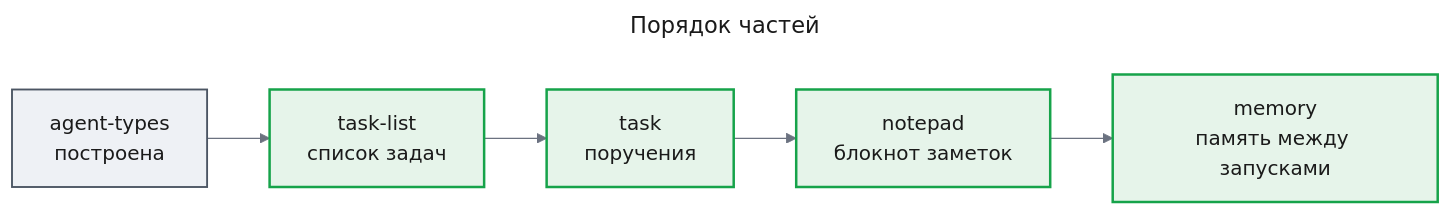
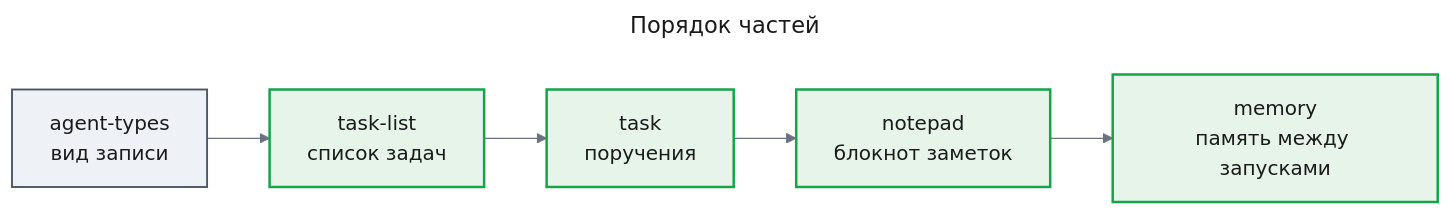
The fourth of 4 diagrams in docs/features/deep-agents/prd.md (tundraray/agent-os), drawn with Mermaid before and after one commit. The commit also changed other lines of this file, not shown here.

````diff
--- a/docs/features/deep-agents/prd.md
+++ b/docs/features/deep-agents/prd.md
@@ -394,29 +384,29 @@
 ```mermaid
 ---
 title: "Порядок частей"
 config:
   theme: base
   look: classic
   themeVariables:
     primaryColor: "#eef1f5"
     primaryBorderColor: "#4b5563"
     primaryTextColor: "#1a1a1a"
     lineColor: "#6b7280"
   flowchart:
     curve: step
 ---
 flowchart LR
-    types["agent-types<br/>построена"]
+    types["agent-types<br/>вид записи"]
     list["task-list<br/>список задач"]
     task["task<br/>поручения"]
     notepad["notepad<br/>блокнот заметок"]
     memory["memory<br/>память между запусками"]
     types --> list
     list --> task
     task --> notepad
     notepad --> memory
     classDef new fill:#e6f4ea,stroke:#16a34a,stroke-width:2px,color:#1a1a1a
     classDef unchanged fill:#eef1f5,stroke:#4b5563,stroke-width:1.5px,color:#1a1a1a
     class types unchanged
     class list,task,notepad,memory new
 ```
````
